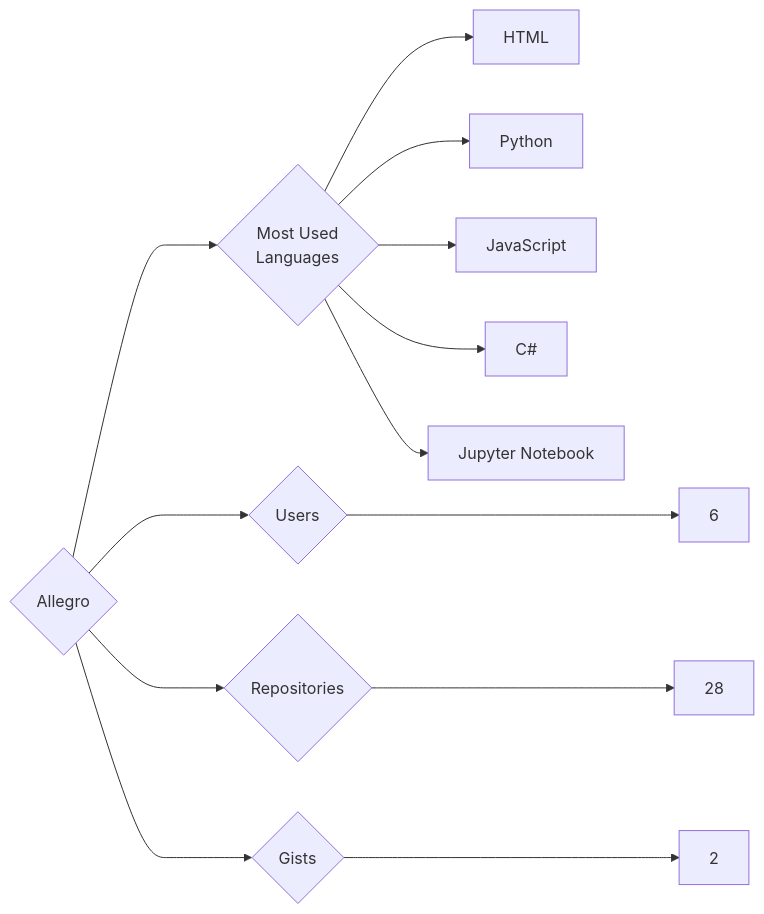
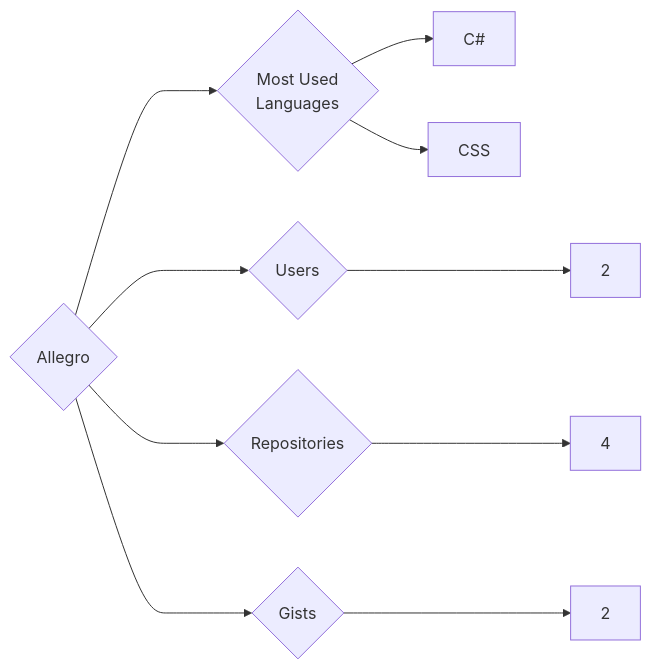
The diagram in targets/Allegro/README.md (trickest/insiders), drawn with Mermaid before and after one commit. The commit also changed 559 other files, not shown here.

````diff
--- a/targets/Allegro/README.md
+++ b/targets/Allegro/README.md
@@ -3,13 +3,10 @@
 ```mermaid
 graph LR
 COMPANY_NAME{Allegro}
-COMPANY_NAME ---> U{Users} ---> UN[6]
-COMPANY_NAME ---> R{Repositories} ---> RN[28]
+COMPANY_NAME ---> U{Users} ---> UN[2]
+COMPANY_NAME ---> R{Repositories} ---> RN[4]
 COMPANY_NAME ---> G{Gists} ---> GN[2]
 COMPANY_NAME ---> ML{Most Used<br>Languages}
-ML --> HTML[HTML]
-ML --> Python[Python]
-ML --> JavaScript[JavaScript]
 ML --> C#[C#]
-ML --> Jupyter_Notebook[Jupyter Notebook]
+ML --> CSS[CSS]
 ```
````
